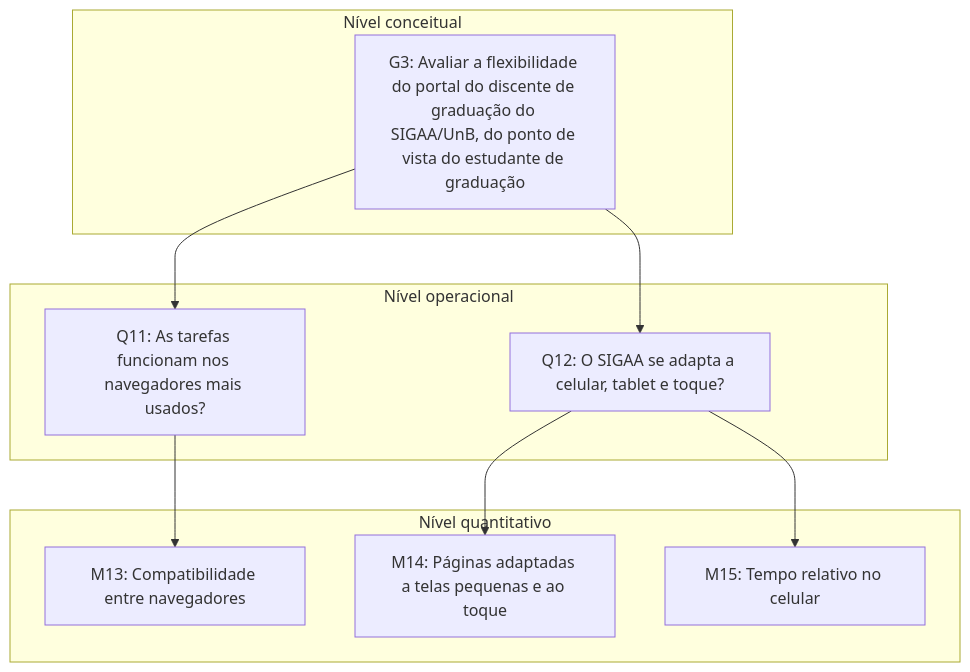
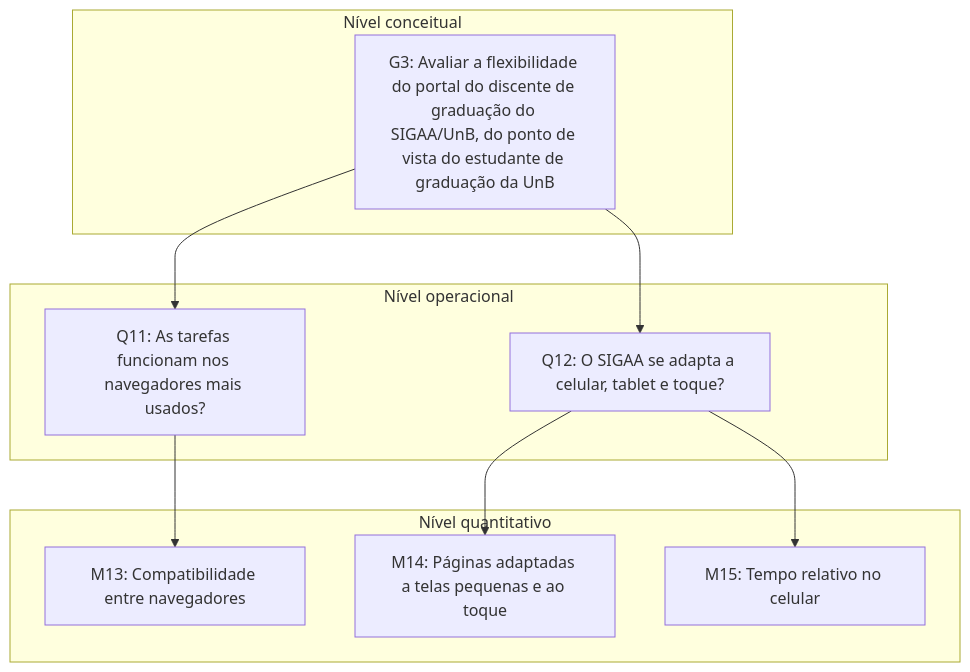
Before and after one commit to FCTE-Qualidade-de-Software-1/2026-2_T02_ADELE_GOLDSTINE: the fourth of 4 diagrams in docs/fase-2/grafico-gqm.md, drawn with Mermaid. The commit also changed other lines of this file and 2 other files, not shown here.

First line of the commit message:
[D09] Unifica o ponto de vista dos objetivos

````diff
--- a/docs/fase-2/grafico-gqm.md
+++ b/docs/fase-2/grafico-gqm.md
@@ -134,18 +134,18 @@
 ```mermaid
 flowchart TD
     subgraph C["Nível conceitual"]
-        G3["G3: Avaliar a flexibilidade do portal do discente de graduação do SIGAA/UnB, do ponto de vista do estudante de graduação"]
+        G3["G3: Avaliar a flexibilidade do portal do discente de graduação do SIGAA/UnB, do ponto de vista do estudante de graduação da UnB"]
     end
     subgraph O["Nível operacional"]
         Q11["Q11: As tarefas funcionam nos navegadores mais usados?"]
         Q12["Q12: O SIGAA se adapta a celular, tablet e toque?"]
     end
     subgraph Qt["Nível quantitativo"]
         M13["M13: Compatibilidade entre navegadores"]
         M14["M14: Páginas adaptadas a telas pequenas e ao toque"]
         M15["M15: Tempo relativo no celular"]
     end
     G3 --> Q11 & Q12
     Q11 --> M13
     Q12 --> M14 & M15
 ```
````
